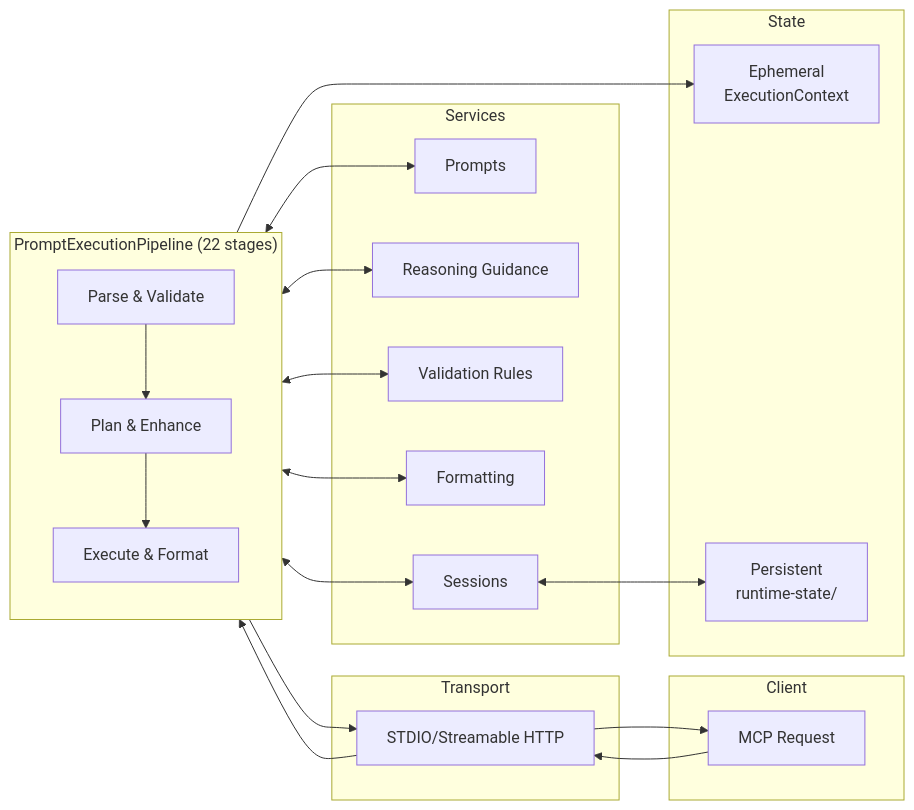
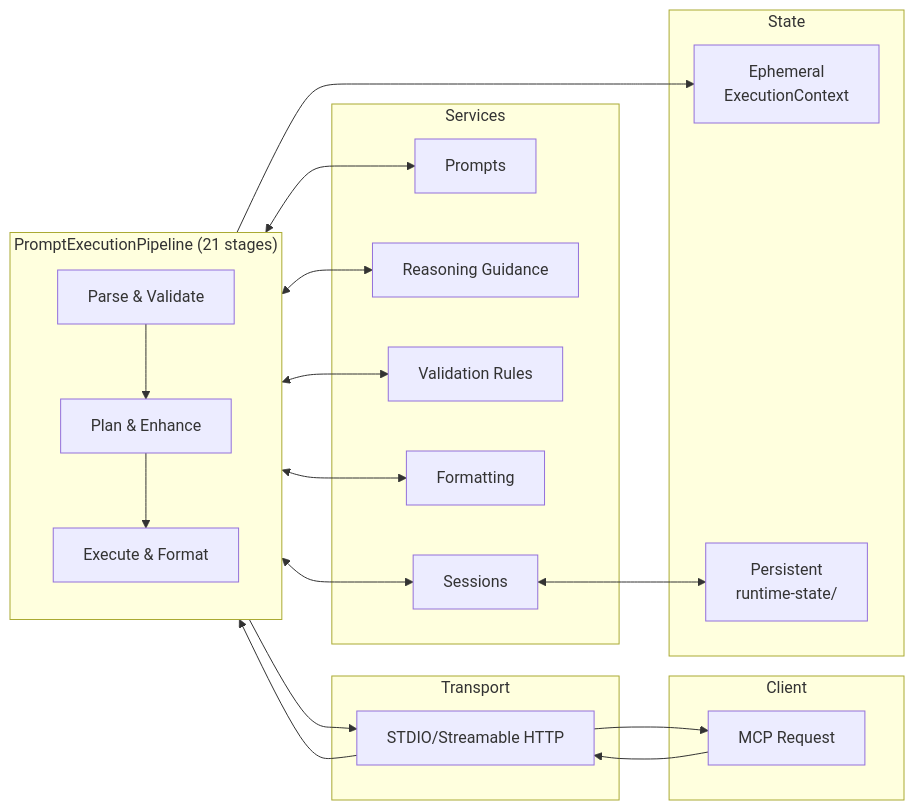
Before and after one commit to minipuft/claude-prompts-mcp: the first of 2 diagrams in docs/architecture/overview.md, drawn with Mermaid. The commit also changed other lines of this file and 53 other files, not shown here.

````diff
--- a/docs/architecture/overview.md
+++ b/docs/architecture/overview.md
@@ -25,37 +25,37 @@
 ```mermaid
 flowchart LR
     subgraph Client
         A[MCP Request]
     end
 
     subgraph Transport
         B[STDIO/Streamable HTTP]
     end
 
-    subgraph Pipeline["PromptExecutionPipeline (22 stages)"]
+    subgraph Pipeline["PromptExecutionPipeline (21 stages)"]
         direction TB
         C1[Parse & Validate]
         C2[Plan & Enhance]
         C3[Execute & Format]
     end
 
     subgraph Services
         D1[Prompts]
         D2[Reasoning Guidance]
         D3[Validation Rules]
         D4[Formatting]
         D5[Sessions]
     end
 
     subgraph State
         E1[Ephemeral<br/>ExecutionContext]
         E2[Persistent<br/>runtime-state/]
     end
 
     A --> B --> Pipeline
     C1 --> C2 --> C3
     Pipeline <--> D1 & D2 & D3 & D4 & D5
     D5 <--> E2
     Pipeline --> E1
     C3 --> B --> A
 ```
````
